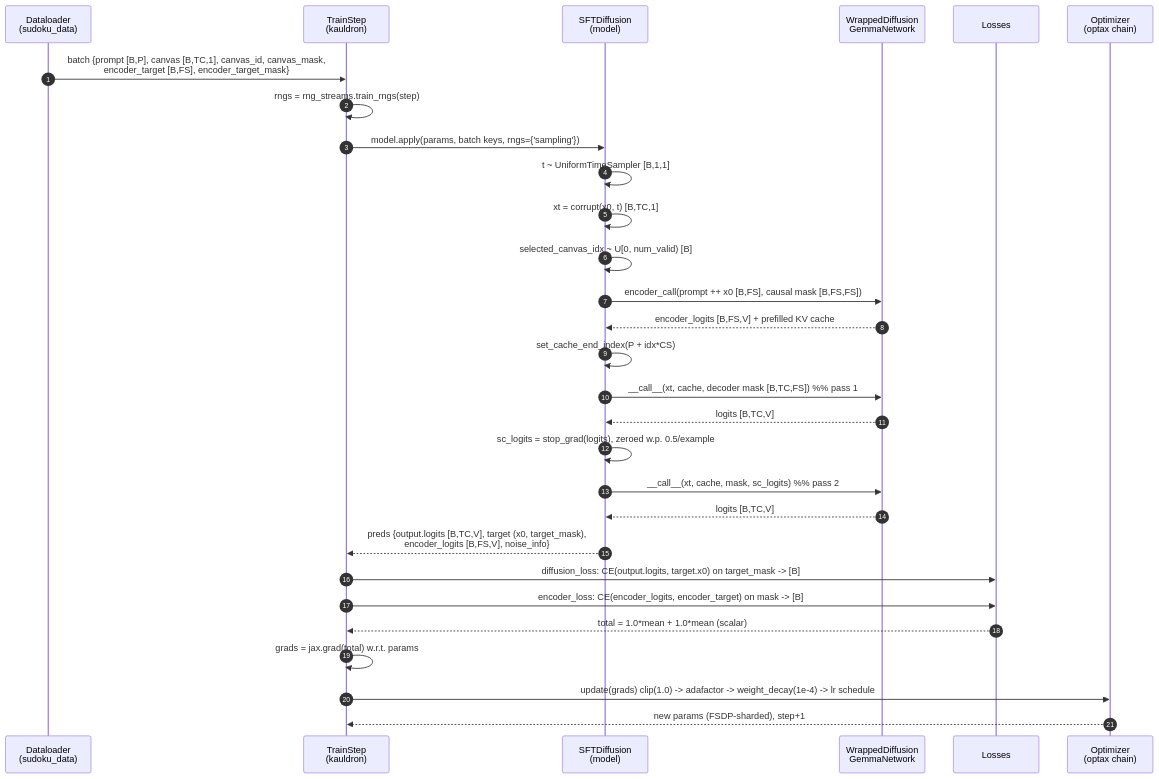
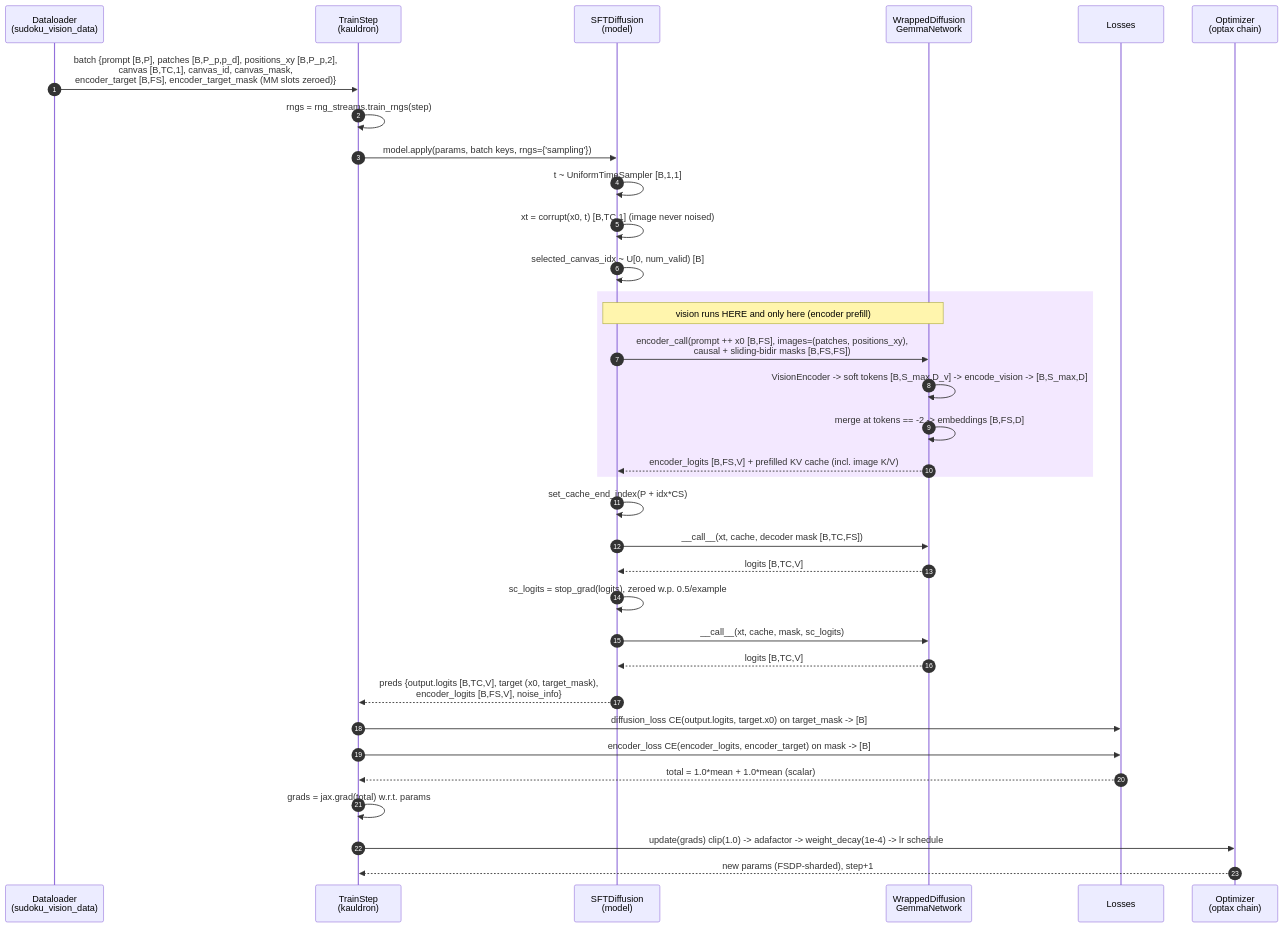
Before and after one commit to xinshengqin/gemma: the diagram in docs/add-visual-inputs/mmd/seq-training.mmd, drawn with Mermaid. The commit also changed 13 other files, not shown here.

First line of the commit message:
design vision inputs for diffusion gemma in add-visual-inputs docs

```diff
--- a/docs/add-visual-inputs/mmd/seq-training.mmd
+++ b/docs/add-visual-inputs/mmd/seq-training.mmd
@@ -1,31 +1,36 @@
 %% Training-step sequence — one kauldron TrainStep (kauldron train_step.py:284)
+%% Purple rect = the only region vision touches (encoder prefill).
 sequenceDiagram
     autonumber
-    participant DL as Dataloader<br/>(sudoku_data)
+    participant DL as Dataloader<br/>(sudoku_vision_data)
     participant TS as TrainStep<br/>(kauldron)
     participant M as SFTDiffusion<br/>(model)
     participant G as WrappedDiffusion<br/>GemmaNetwork
     participant LS as Losses
     participant OPTM as Optimizer<br/>(optax chain)
-
-    DL->>TS: batch {prompt [B,P], canvas [B,TC,1], canvas_id, canvas_mask,<br/>encoder_target [B,FS], encoder_target_mask}
+    DL->>TS: batch {prompt [B,P], patches [B,P_p,p_d], positions_xy [B,P_p,2],<br/>canvas [B,TC,1], canvas_id, canvas_mask,<br/>encoder_target [B,FS], encoder_target_mask (MM slots zeroed)}
     TS->>TS: rngs = rng_streams.train_rngs(step)
     TS->>M: model.apply(params, batch keys, rngs={'sampling'})
     M->>M: t ~ UniformTimeSampler [B,1,1]
-    M->>M: xt = corrupt(x0, t) [B,TC,1]
+    M->>M: xt = corrupt(x0, t) [B,TC,1]  (image never noised)
     M->>M: selected_canvas_idx ~ U[0, num_valid) [B]
-    M->>G: encoder_call(prompt ++ x0 [B,FS], causal mask [B,FS,FS])
-    G-->>M: encoder_logits [B,FS,V] + prefilled KV cache
+    rect rgb(243, 232, 255)
+    note over M,G: vision runs HERE and only here (encoder prefill)
+    M->>G: encoder_call(prompt ++ x0 [B,FS], images=(patches, positions_xy),<br/>causal + sliding-bidir masks [B,FS,FS])
+    G->>G: VisionEncoder -> soft tokens [B,S_max,D_v] -> encode_vision -> [B,S_max,D]
+    G->>G: merge at tokens == -2 -> embeddings [B,FS,D]
+    G-->>M: encoder_logits [B,FS,V] + prefilled KV cache (incl. image K/V)
+    end
     M->>M: set_cache_end_index(P + idx*CS)
-    M->>G: __call__(xt, cache, decoder mask [B,TC,FS])  %% pass 1
+    M->>G: __call__(xt, cache, decoder mask [B,TC,FS])
     G-->>M: logits [B,TC,V]
     M->>M: sc_logits = stop_grad(logits), zeroed w.p. 0.5/example
-    M->>G: __call__(xt, cache, mask, sc_logits)  %% pass 2
+    M->>G: __call__(xt, cache, mask, sc_logits)
     G-->>M: logits [B,TC,V]
     M-->>TS: preds {output.logits [B,TC,V], target (x0, target_mask),<br/>encoder_logits [B,FS,V], noise_info}
-    TS->>LS: diffusion_loss: CE(output.logits, target.x0) on target_mask -> [B]
-    TS->>LS: encoder_loss: CE(encoder_logits, encoder_target) on mask -> [B]
+    TS->>LS: diffusion_loss CE(output.logits, target.x0) on target_mask -> [B]
+    TS->>LS: encoder_loss CE(encoder_logits, encoder_target) on mask -> [B]
     LS-->>TS: total = 1.0*mean + 1.0*mean (scalar)
     TS->>TS: grads = jax.grad(total) w.r.t. params
     TS->>OPTM: update(grads) clip(1.0) -> adafactor -> weight_decay(1e-4) -> lr schedule
     OPTM-->>TS: new params (FSDP-sharded), step+1
```
